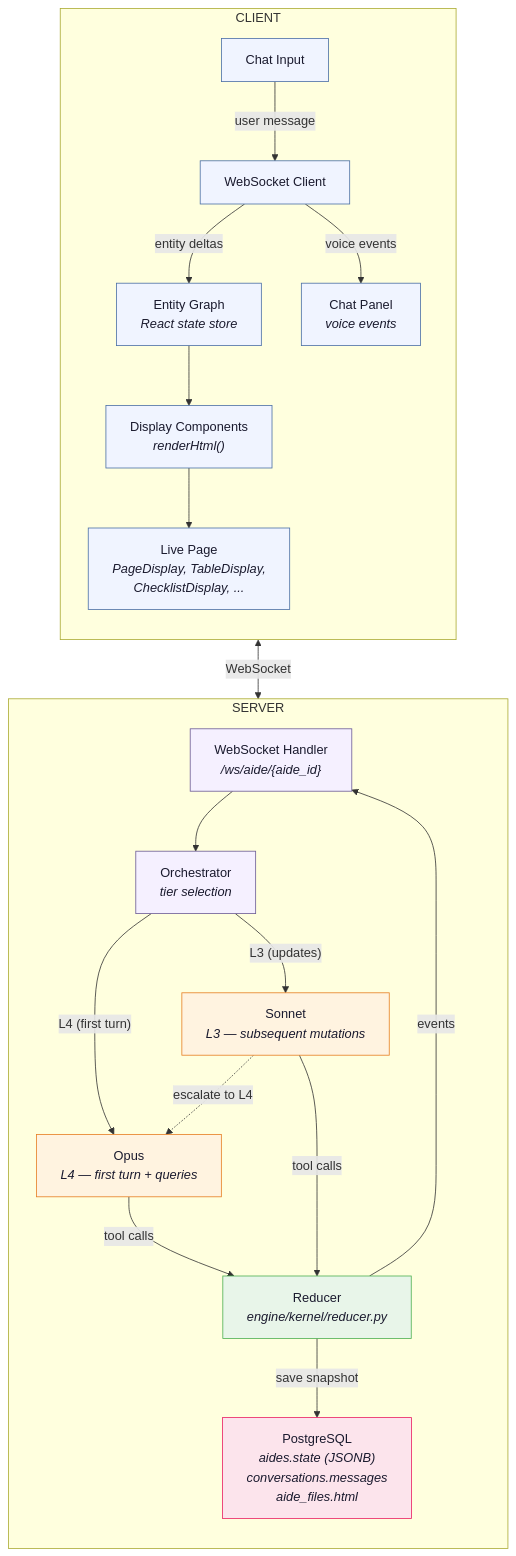
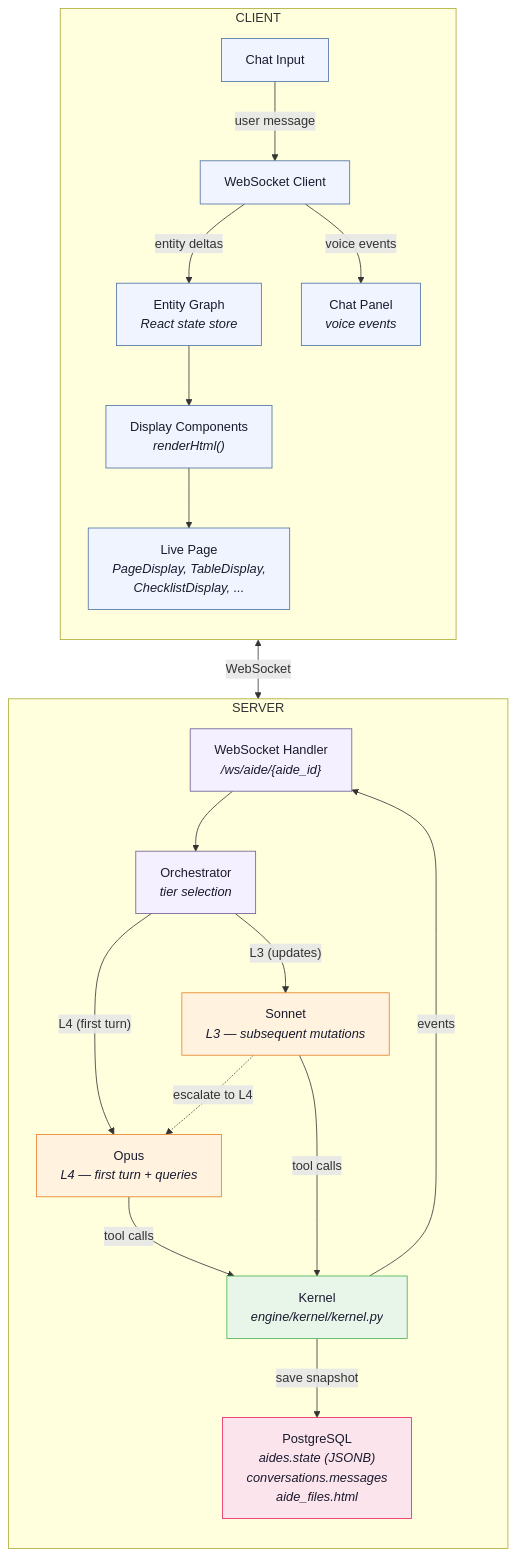
Before and after one commit to zcancio/aide: the diagram in docs/eng_design/aide_architecture.mermaid, drawn with Mermaid. The commit also changed 15 other files, not shown here.

First line of the commit message:
docs: rename reducer to kernel across documentation

```diff
--- a/docs/eng_design/aide_architecture.mermaid
+++ b/docs/eng_design/aide_architecture.mermaid
@@ -1,53 +1,53 @@
 graph TD
     subgraph CLIENT["CLIENT"]
         direction TB
         INPUT["Chat Input"]
         WS_CLIENT["WebSocket Client"]
         CHAT["Chat Panel<br/><i>voice events</i>"]
         GRAPH["Entity Graph<br/><i>React state store</i>"]
         RENDERER["Display Components<br/><i>renderHtml()</i>"]
         PAGE["Live Page<br/><i>PageDisplay, TableDisplay,<br/>ChecklistDisplay, ...</i>"]
 
         INPUT -->|"user message"| WS_CLIENT
         WS_CLIENT -->|"entity deltas"| GRAPH
         WS_CLIENT -->|"voice events"| CHAT
         GRAPH --> RENDERER
         RENDERER --> PAGE
     end
 
     subgraph SERVER["SERVER"]
         direction TB
         WS_SERVER["WebSocket Handler<br/><i>/ws/aide/{aide_id}</i>"]
         ORCH["Orchestrator<br/><i>tier selection</i>"]
 
         OPUS["Opus<br/><i>L4 — first turn + queries</i>"]
         SONNET["Sonnet<br/><i>L3 — subsequent mutations</i>"]
 
-        REDUCER["Reducer<br/><i>engine/kernel/reducer.py</i>"]
+        KERNEL["Kernel<br/><i>engine/kernel/kernel.py</i>"]
         DB["PostgreSQL<br/><i>aides.state (JSONB)<br/>conversations.messages<br/>aide_files.html</i>"]
 
         WS_SERVER --> ORCH
         ORCH -->|"L4 (first turn)"| OPUS
         ORCH -->|"L3 (updates)"| SONNET
 
-        OPUS -->|"tool calls"| REDUCER
-        SONNET -->|"tool calls"| REDUCER
+        OPUS -->|"tool calls"| KERNEL
+        SONNET -->|"tool calls"| KERNEL
         SONNET -.->|"escalate to L4"| OPUS
 
-        REDUCER -->|"save snapshot"| DB
-        REDUCER -->|"events"| WS_SERVER
+        KERNEL -->|"save snapshot"| DB
+        KERNEL -->|"events"| WS_SERVER
     end
 
     WS_CLIENT <-->|"WebSocket"| WS_SERVER
 
     classDef client fill:#f0f4ff,stroke:#4a6fa5,color:#1a1a2e
     classDef server fill:#f5f0ff,stroke:#6b5b95,color:#1a1a2e
     classDef llm fill:#fff3e0,stroke:#e67e22,color:#1a1a2e
     classDef pipeline fill:#e8f5e9,stroke:#4caf50,color:#1a1a2e
     classDef storage fill:#fce4ec,stroke:#e91e63,color:#1a1a2e
 
     class INPUT,WS_CLIENT,CHAT,GRAPH,RENDERER,PAGE client
     class WS_SERVER,ORCH server
     class SONNET,OPUS llm
-    class REDUCER pipeline
+    class KERNEL pipeline
     class DB storage
```
